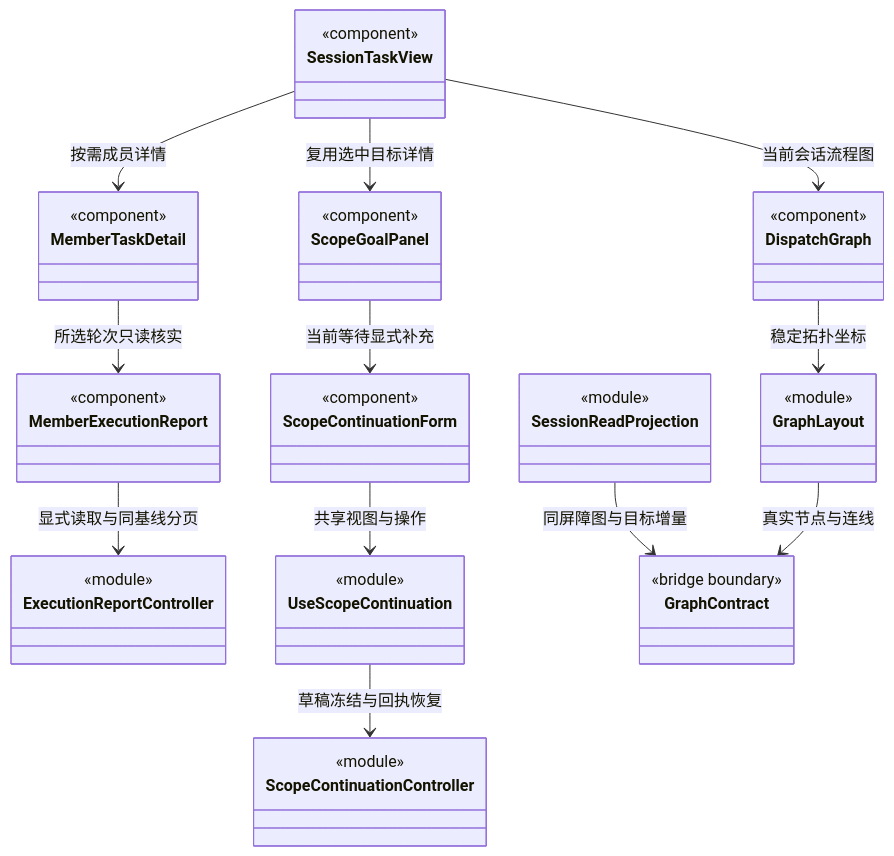
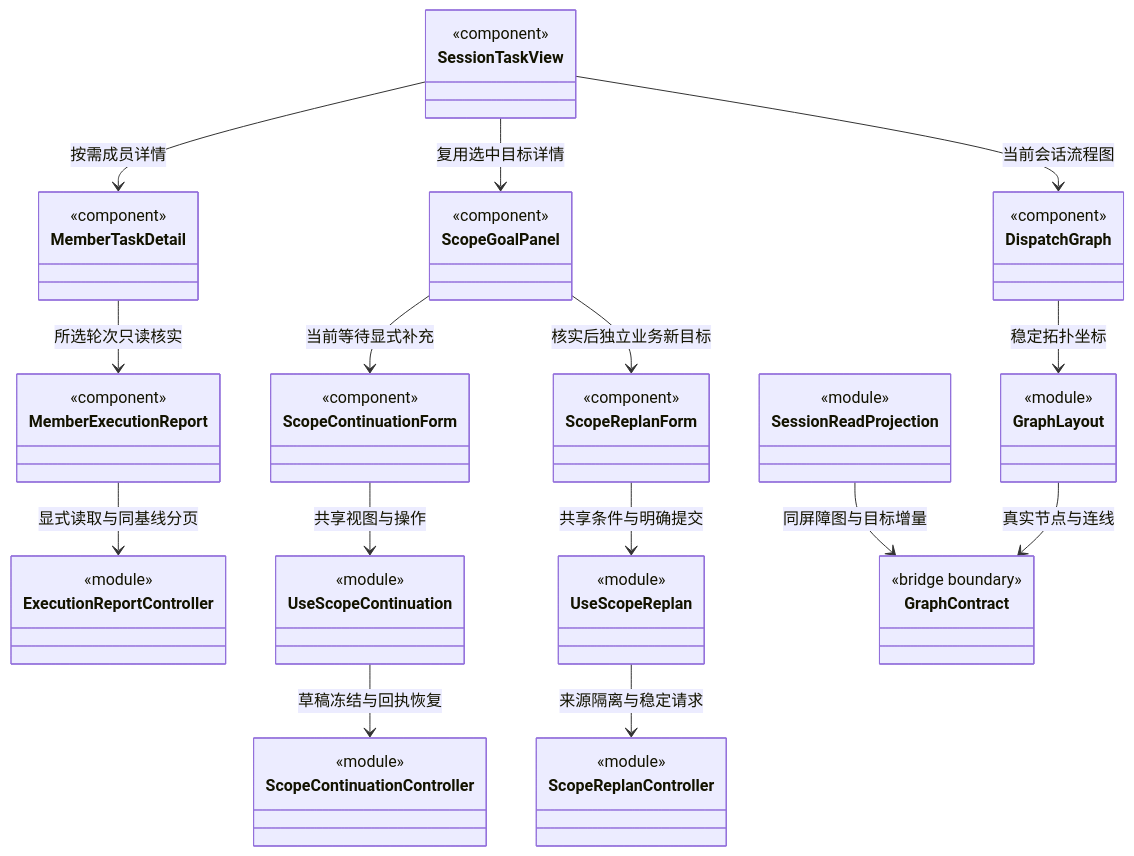
One commit to nan023062/cbim changed the diagram in src/frontend/tasks/CONTRACT.md. Above: the diagram before and after it, drawn with Mermaid. The commit also changed other lines of this file and 53 other files, not shown here.

````diff
--- a/src/frontend/tasks/CONTRACT.md
+++ b/src/frontend/tasks/CONTRACT.md
@@ -108,26 +124,32 @@
 ```mermaid
 classDiagram
 class SessionTaskView { <<component>> }
 class DispatchGraph { <<component>> }
 class GraphLayout { <<module>> }
 class MemberTaskDetail { <<component>> }
 class MemberExecutionReport { <<component>> }
 class ExecutionReportController { <<module>> }
 class ScopeGoalPanel { <<component>> }
 class ScopeContinuationForm { <<component>> }
 class ScopeContinuationController { <<module>> }
 class UseScopeContinuation { <<module>> }
+class ScopeReplanForm { <<component>> }
+class ScopeReplanController { <<module>> }
+class UseScopeReplan { <<module>> }
 class SessionReadProjection { <<module>> }
 class GraphContract { <<bridge boundary>> }
 SessionTaskView --> DispatchGraph : 当前会话流程图
 SessionTaskView --> MemberTaskDetail : 按需成员详情
 MemberTaskDetail --> MemberExecutionReport : 所选轮次只读核实
 MemberExecutionReport --> ExecutionReportController : 显式读取与同基线分页
 SessionTaskView --> ScopeGoalPanel : 复用选中目标详情
 ScopeGoalPanel --> ScopeContinuationForm : 当前等待显式补充
 ScopeContinuationForm --> UseScopeContinuation : 共享视图与操作
 UseScopeContinuation --> ScopeContinuationController : 草稿冻结与回执恢复
+ScopeGoalPanel --> ScopeReplanForm : 核实后独立业务新目标
+ScopeReplanForm --> UseScopeReplan : 共享条件与明确提交
+UseScopeReplan --> ScopeReplanController : 来源隔离与稳定请求
 SessionReadProjection --> GraphContract : 同屏障图与目标增量
 DispatchGraph --> GraphLayout : 稳定拓扑坐标
 GraphLayout --> GraphContract : 真实节点与连线
 ```
````
